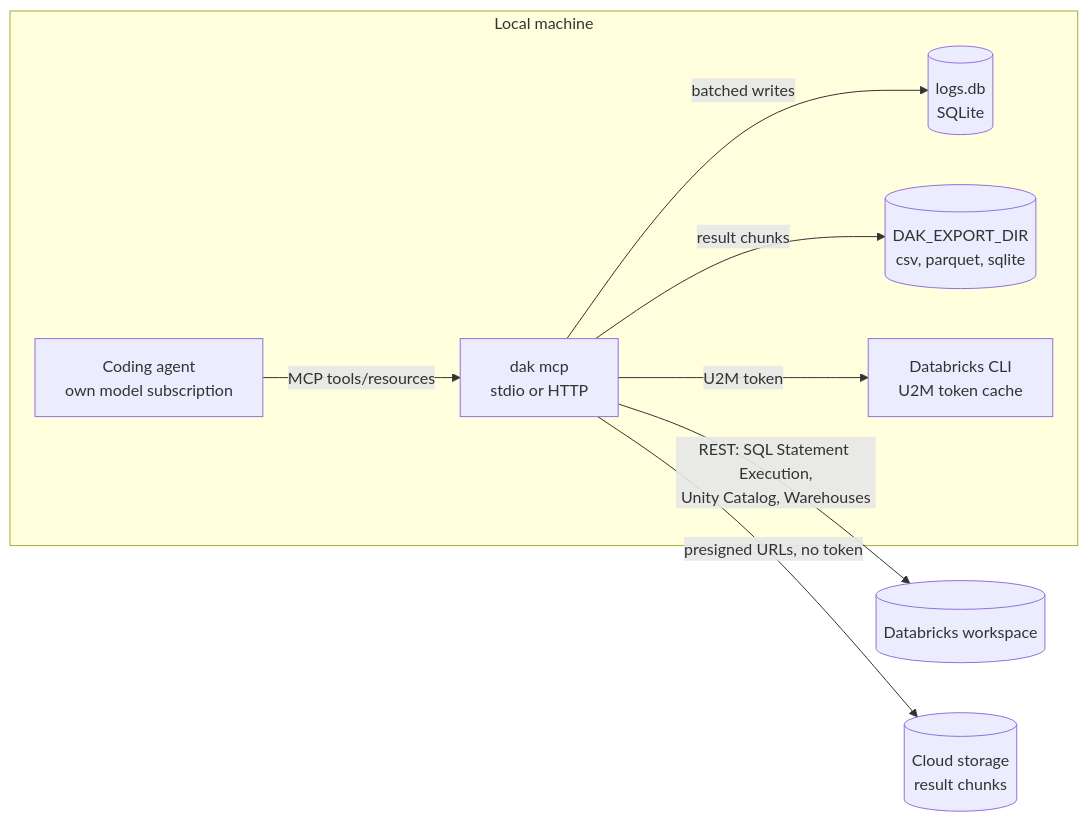
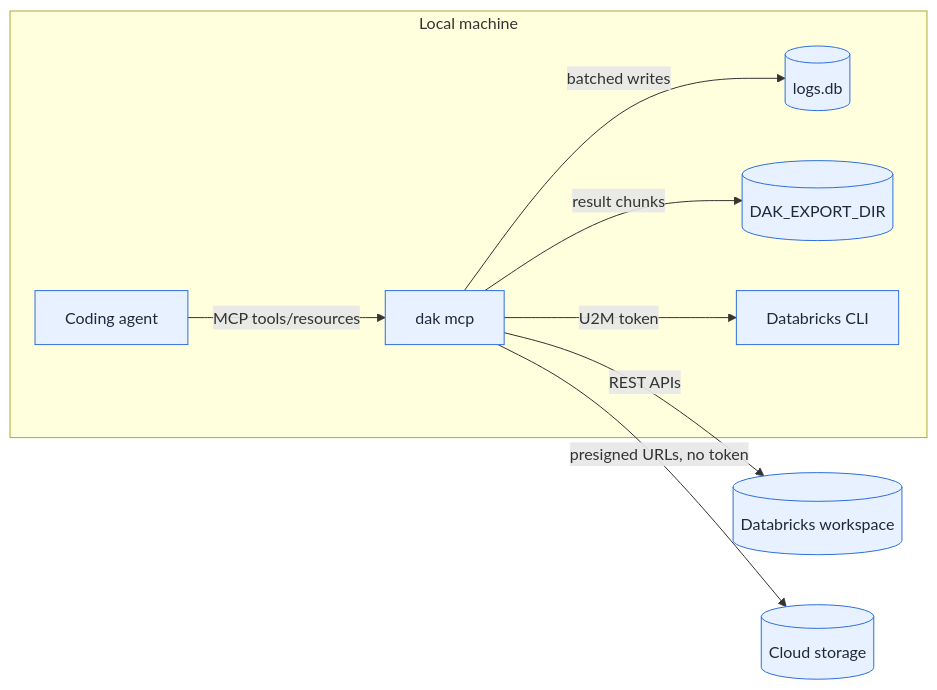
The diagram in docs/design.md (alexmarco/databricks-agent-kit), drawn with Mermaid before and after one commit. The commit also changed other lines of this file, not shown here.

Commit message:
docs(design): describe the documentation site and its diagrams
Adds section 10.5 for the documentation workflow, notes that the README
is a summary of the site, and shortens the labels of the architecture
diagram so they render without clipping.

````diff
--- a/docs/design.md
+++ b/docs/design.md
@@ -25,16 +25,17 @@
 ```mermaid
 flowchart LR
     subgraph Local machine
-        Agent[Coding agent<br/>own model subscription]
-        MCP[dak mcp<br/>stdio or HTTP]
-        Log[(logs.db<br/>SQLite)]
-        Exports[(DAK_EXPORT_DIR<br/>csv, parquet, sqlite)]
-        CLI[Databricks CLI<br/>U2M token cache]
+        Agent[Coding agent]
+        MCP[dak mcp]
+        Log[(logs.db)]
+        Exports[(DAK_EXPORT_DIR)]
+        CLI[Databricks CLI]
     end
     Agent -- MCP tools/resources --> MCP
     MCP -- batched writes --> Log
     MCP -- result chunks --> Exports
     MCP -- U2M token --> CLI
-    MCP -- REST: SQL Statement Execution,<br/>Unity Catalog, Warehouses --> WS[(Databricks workspace)]
-    MCP -- presigned URLs, no token --> Cloud[(Cloud storage<br/>result chunks)]
+    MCP -- REST APIs --> WS[(Databricks workspace)]
+    MCP -- presigned URLs, no token --> Cloud[(Cloud storage)]
+    classDef default fill:#E8F1FF,stroke:#2F6FDB,color:#1F2937
 ```
````
